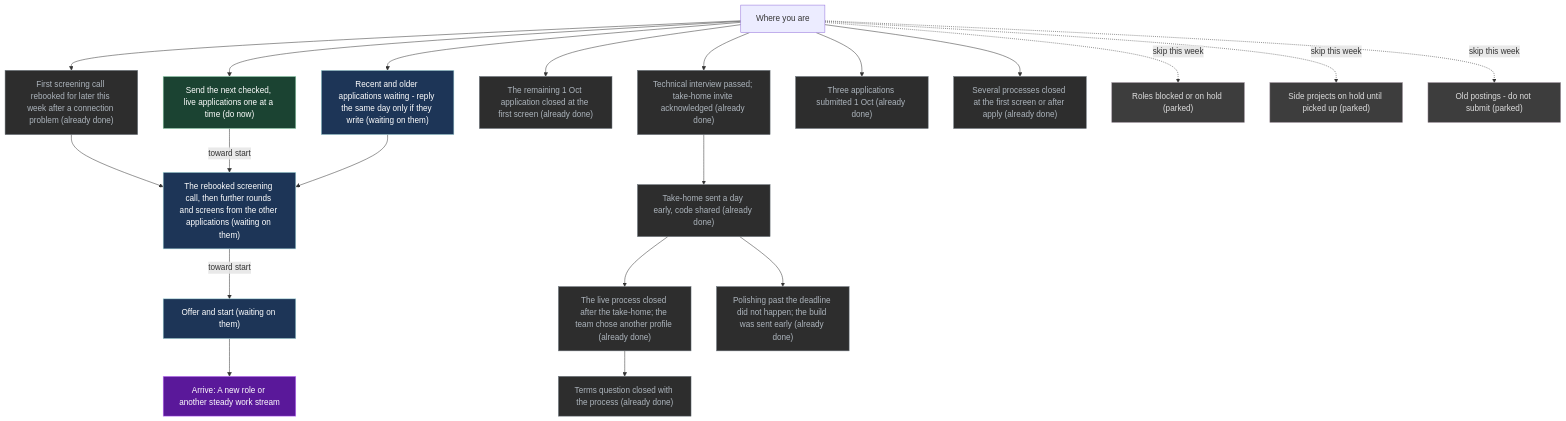
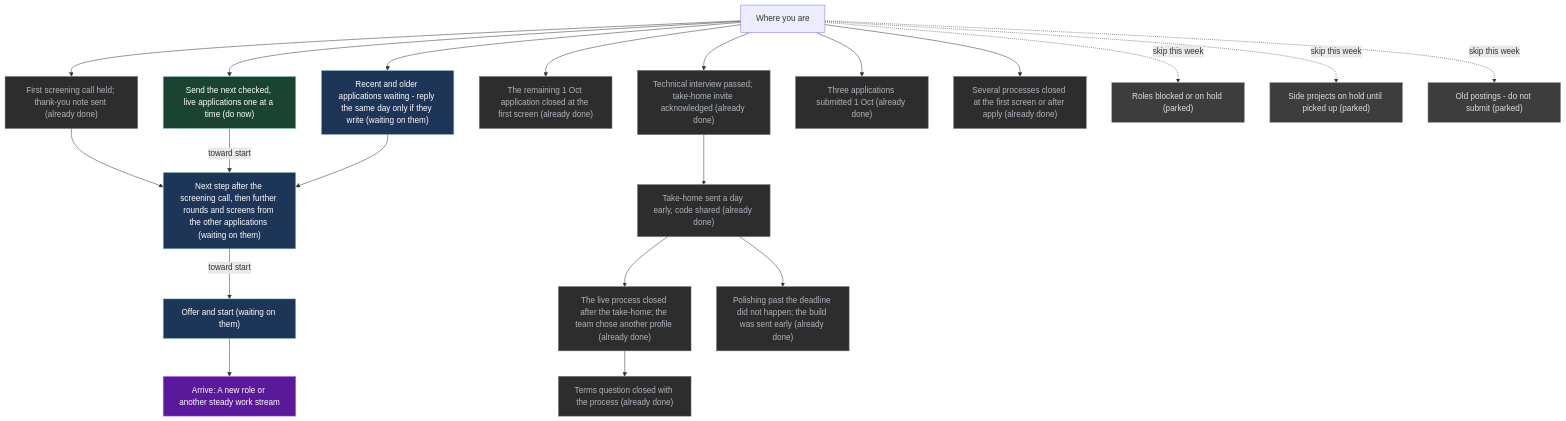
Before and after one commit to p10ns11y/life-os: the diagram in UI/Mission.md, drawn with Mermaid. The commit also changed other lines of this file, not shown here.

````diff
--- a/UI/Mission.md
+++ b/UI/Mission.md
@@ -71,50 +71,50 @@
 ```mermaid
 flowchart TB
   x["Where you are"]
   G["Arrive: A new role or another steady work stream"]
-  S9["First screening call rebooked for later this week after a connection problem (already done)"]
+  S9["First screening call held; thank-you note sent (already done)"]
   S0["Technical interview passed; take-home invite acknowledged (already done)"]
   S4["Take-home sent a day early, code shared (already done)"]
   S4b["The live process closed after the take-home; the team chose another profile (already done)"]
   S7["Send the next checked, live applications one at a time (do now)"]
-  S8["The rebooked screening call, then further rounds and screens from the other applications (waiting on them)"]
+  S8["Next step after the screening call, then further rounds and screens from the other applications (waiting on them)"]
   S5["Offer and start (waiting on them)"]
   S6["The remaining 1 Oct application closed at the first screen (already done)"]
   S1["Recent and older applications waiting - reply the same day only if they write (waiting on them)"]
   R1["Terms question closed with the process (already done)"]
   R2["Polishing past the deadline did not happen; the build was sent early (already done)"]
   S3["Three applications submitted 1 Oct (already done)"]
   D1["Several processes closed at the first screen or after apply (already done)"]
   P1["Roles blocked or on hold (parked)"]
   P2["Side projects on hold until picked up (parked)"]
   P3["Old postings - do not submit (parked)"]
   x --> S9
   x --> S0
   S0 --> S4
   S4 --> S4b
   x --> S7
   S9 --> S8
   S7 -->|"toward start"| S8
   S1 --> S8
   S8 -->|"toward start"| S5
   x --> S6
   x --> S1
   S4b --> R1
   S4 --> R2
   x --> S3
   x --> D1
   x -.->|"skip this week"| P1
   x -.->|"skip this week"| P2
   x -.->|"skip this week"| P3
   S5 --> G
   classDef do fill:#1b4332,stroke:#95d5b2,color:#fff
   classDef wait fill:#1d3557,stroke:#a8dadc,color:#fff
   classDef park fill:#3d3d3d,stroke:#9a8c98,color:#ddd
   classDef done fill:#2d2d2d,stroke:#6c757d,color:#adb5bd
   classDef goal fill:#5a189a,stroke:#c77dff,color:#fff
   class G goal
   class S7 do
   class S8,S5,S1 wait
   class P1,P2,P3 park
   class S9,S0,S4,S4b,S6,R1,R2,S3,D1 done
 ```
````
